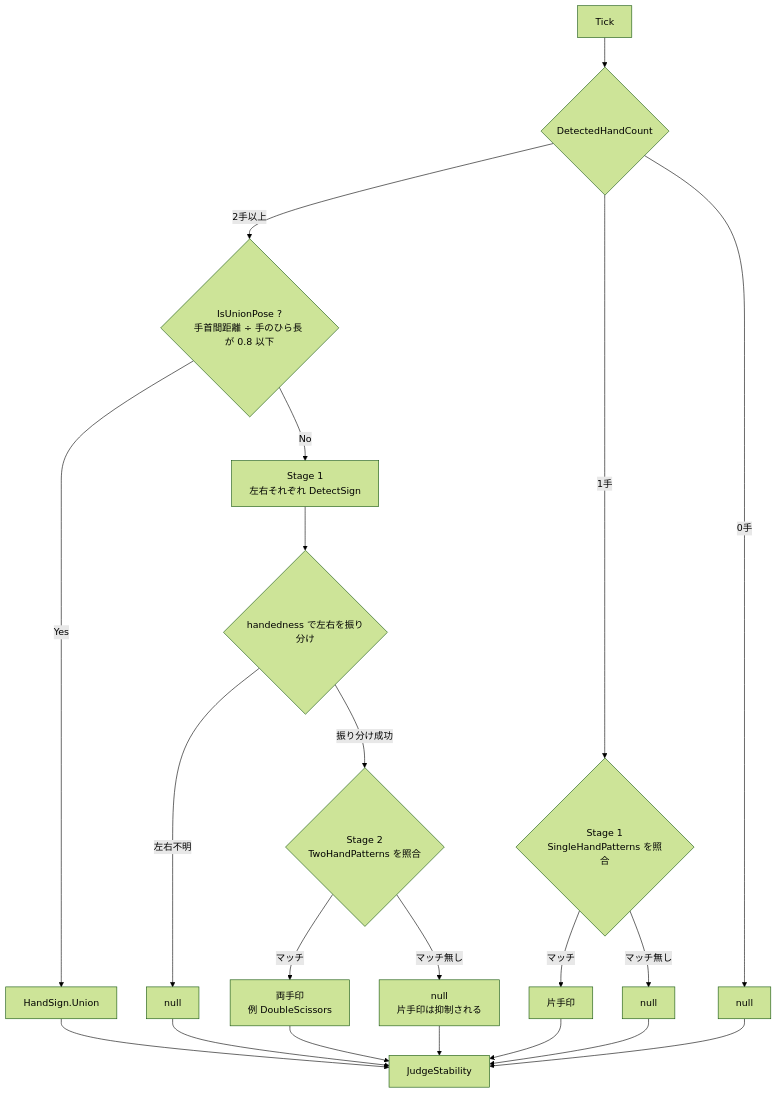
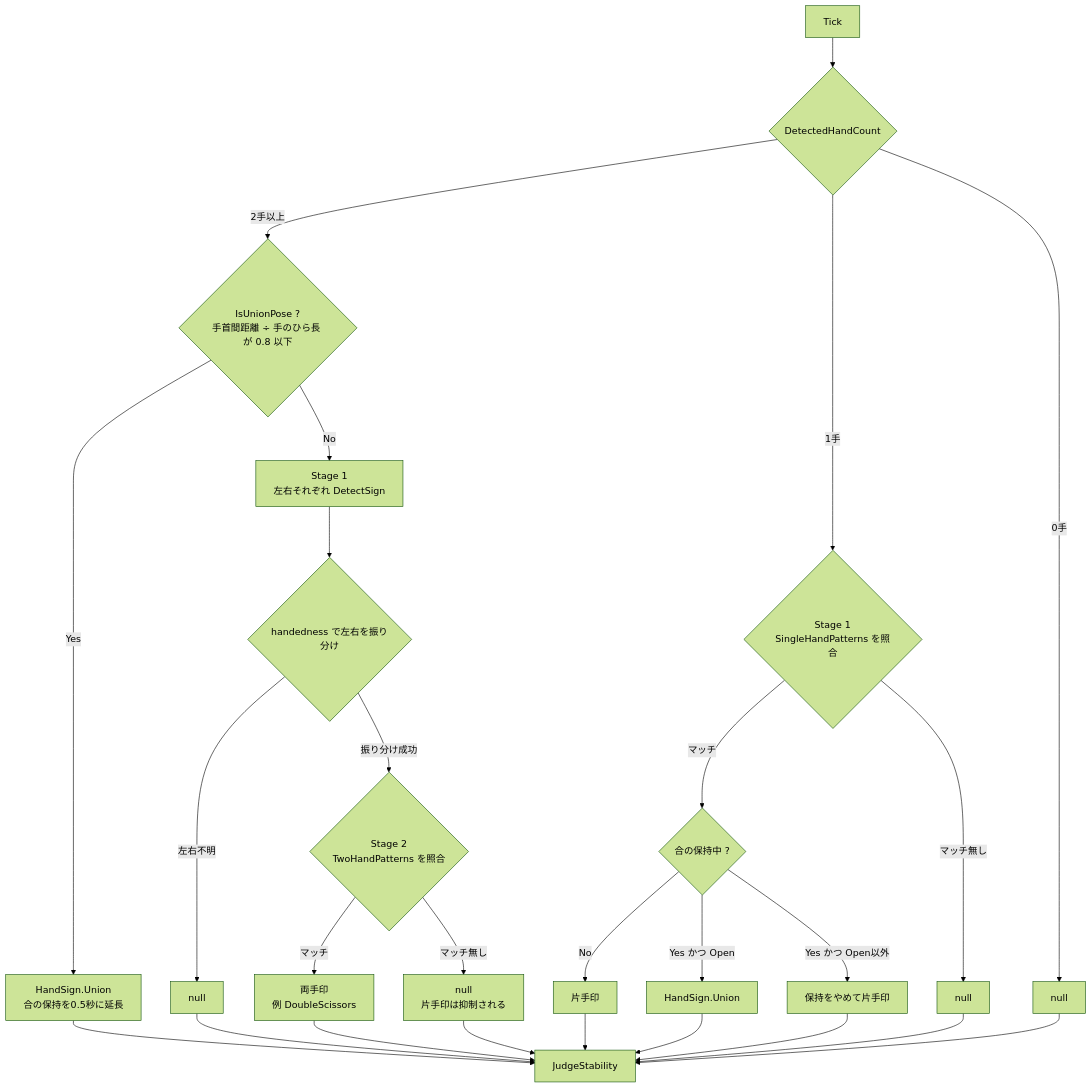
One commit to Kapi0622/MUDRA changed the second of 3 diagrams in MUDRA/docs/architecture/01_hand_input.md. Above: the diagram before and after it, drawn with Mermaid (forest theme). The commit also changed other lines of this file and 12 other files, not shown here.

````diff
--- a/MUDRA/docs/architecture/01_hand_input.md
+++ b/MUDRA/docs/architecture/01_hand_input.md
@@ -127,27 +130,32 @@
 ```mermaid
 flowchart TD
     T["Tick"] --> Q{"DetectedHandCount"}
 
     Q -->|"2手以上"| U{"IsUnionPose ?<br/>手首間距離 ÷ 手のひら長 が 0.8 以下"}
-    U -->|"Yes"| UN["HandSign.Union"]
+    U -->|"Yes"| UN["HandSign.Union<br/>合の保持を0.5秒に延長"]
     U -->|"No"| S1["Stage 1<br/>左右それぞれ DetectSign"]
     S1 --> HD{"handedness で左右を振り分け"}
     HD -->|"左右不明"| N1["null"]
     HD -->|"振り分け成功"| S2{"Stage 2<br/>TwoHandPatterns を照合"}
     S2 -->|"マッチ"| TWO["両手印<br/>例 DoubleScissors"]
     S2 -->|"マッチ無し"| N2["null<br/>片手印は抑制される"]
 
     Q -->|"1手"| S1B{"Stage 1<br/>SingleHandPatterns を照合"}
-    S1B -->|"マッチ"| ONE["片手印"]
+    S1B -->|"マッチ"| HOLD{"合の保持中 ?"}
+    HOLD -->|"No"| ONE["片手印"]
+    HOLD -->|"Yes かつ Open"| UN2["HandSign.Union"]
+    HOLD -->|"Yes かつ Open以外"| ONE2["保持をやめて片手印"]
     S1B -->|"マッチ無し"| N3["null"]
 
     Q -->|"0手"| N4["null"]
 
     UN --> JS["JudgeStability"]
     TWO --> JS
     ONE --> JS
+    UN2 --> JS
+    ONE2 --> JS
     N1 --> JS
     N2 --> JS
     N3 --> JS
     N4 --> JS
 ```
````
